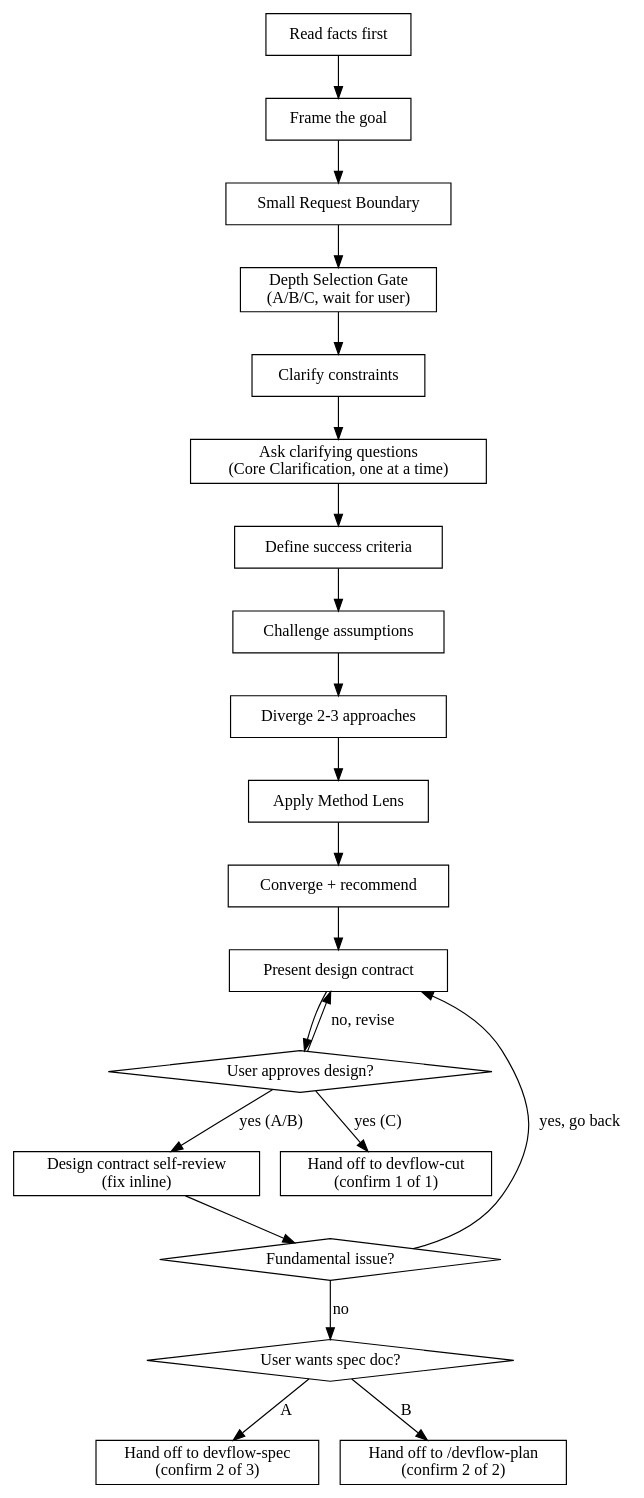
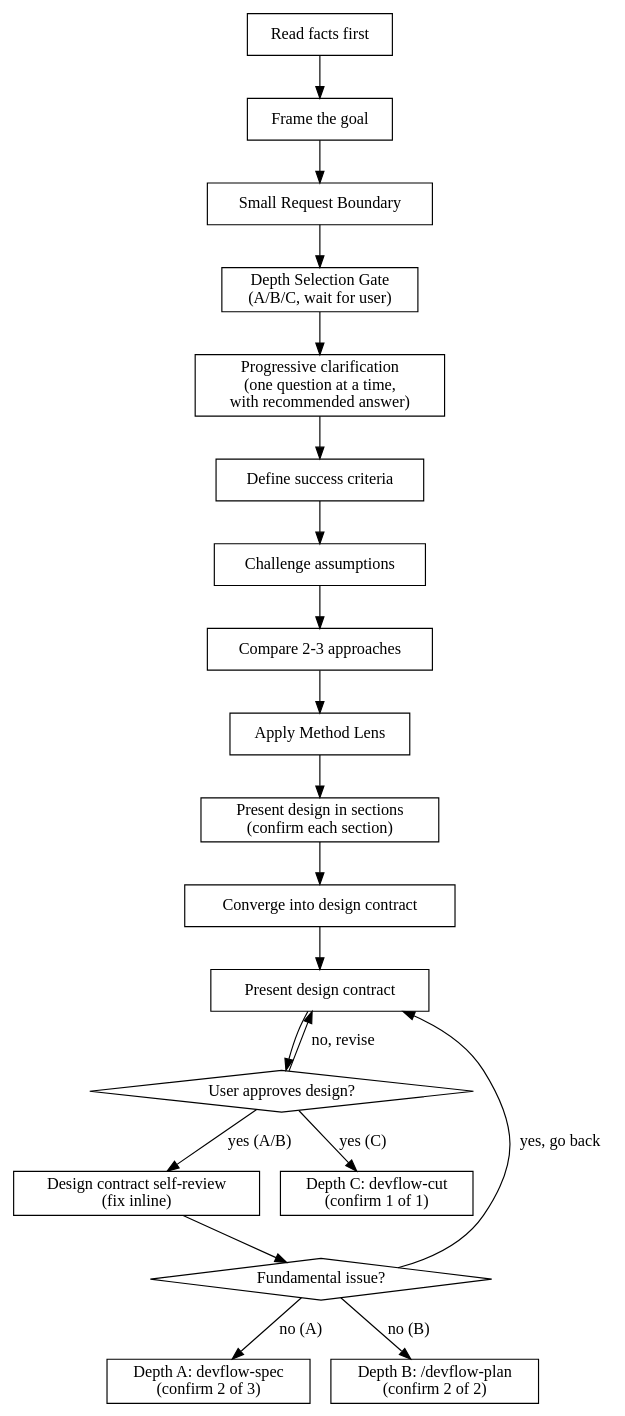
The diagram in skills/devflow-brainstorm/SKILL.md (huangwen-changdu/DevFlow-Core), drawn with Graphviz before and after one commit. The commit also changed other lines of this file and 37 other files, not shown here.

````diff
--- a/skills/devflow-brainstorm/SKILL.md
+++ b/skills/devflow-brainstorm/SKILL.md
@@ -49,44 +49,42 @@
 ```dot
 digraph brainstorming {
     "Read facts first" [shape=box];
     "Frame the goal" [shape=box];
     "Small Request Boundary" [shape=box];
     "Depth Selection Gate\n(A/B/C, wait for user)" [shape=box];
-    "Clarify constraints" [shape=box];
-    "Ask clarifying questions\n(Core Clarification, one at a time)" [shape=box];
+    "Progressive clarification\n(one question at a time,\nwith recommended answer)" [shape=box];
     "Define success criteria" [shape=box];
     "Challenge assumptions" [shape=box];
-    "Diverge 2-3 approaches" [shape=box];
+    "Compare 2-3 approaches" [shape=box];
     "Apply Method Lens" [shape=box];
-    "Converge + recommend" [shape=box];
+    "Present design in sections\n(confirm each section)" [shape=box];
+    "Converge into design contract" [shape=box];
     "Present design contract" [shape=box];
     "User approves design?" [shape=diamond];
     "Design contract self-review\n(fix inline)" [shape=box];
     "Fundamental issue?" [shape=diamond];
-    "User wants spec doc?" [shape=diamond];
-    "Hand off to devflow-spec\n(confirm 2 of 3)" [shape=box];
-    "Hand off to /devflow-plan\n(confirm 2 of 2)" [shape=box];
-    "Hand off to devflow-cut\n(confirm 1 of 1)" [shape=box];
+    "Depth A: devflow-spec\n(confirm 2 of 3)" [shape=box];
+    "Depth B: /devflow-plan\n(confirm 2 of 2)" [shape=box];
+    "Depth C: devflow-cut\n(confirm 1 of 1)" [shape=box];
 
     "Read facts first" -> "Frame the goal";
     "Frame the goal" -> "Small Request Boundary";
     "Small Request Boundary" -> "Depth Selection Gate\n(A/B/C, wait for user)";
-    "Depth Selection Gate\n(A/B/C, wait for user)" -> "Clarify constraints";
-    "Clarify constraints" -> "Ask clarifying questions\n(Core Clarification, one at a time)";
-    "Ask clarifying questions\n(Core Clarification, one at a time)" -> "Define success criteria";
+    "Depth Selection Gate\n(A/B/C, wait for user)" -> "Progressive clarification\n(one question at a time,\nwith recommended answer)";
+    "Progressive clarification\n(one question at a time,\nwith recommended answer)" -> "Define success criteria";
     "Define success criteria" -> "Challenge assumptions";
-    "Challenge assumptions" -> "Diverge 2-3 approaches";
-    "Diverge 2-3 approaches" -> "Apply Method Lens";
-    "Apply Method Lens" -> "Converge + recommend";
-    "Converge + recommend" -> "Present design contract";
+    "Challenge assumptions" -> "Compare 2-3 approaches";
+    "Compare 2-3 approaches" -> "Apply Method Lens";
+    "Apply Method Lens" -> "Present design in sections\n(confirm each section)";
+    "Present design in sections\n(confirm each section)" -> "Converge into design contract";
+    "Converge into design contract" -> "Present design contract";
     "Present design contract" -> "User approves design?";
     "User approves design?" -> "Present design contract" [label="no, revise"];
     "User approves design?" -> "Design contract self-review\n(fix inline)" [label="yes (A/B)"];
-    "User approves design?" -> "Hand off to devflow-cut\n(confirm 1 of 1)" [label="yes (C)"];
+    "User approves design?" -> "Depth C: devflow-cut\n(confirm 1 of 1)" [label="yes (C)"];
     "Design contract self-review\n(fix inline)" -> "Fundamental issue?";
     "Fundamental issue?" -> "Present design contract" [label="yes, go back"];
-    "Fundamental issue?" -> "User wants spec doc?" [label="no"];
-    "User wants spec doc?" -> "Hand off to devflow-spec\n(confirm 2 of 3)" [label="A"];
-    "User wants spec doc?" -> "Hand off to /devflow-plan\n(confirm 2 of 2)" [label="B"];
+    "Fundamental issue?" -> "Depth A: devflow-spec\n(confirm 2 of 3)" [label="no (A)"];
+    "Fundamental issue?" -> "Depth B: /devflow-plan\n(confirm 2 of 2)" [label="no (B)"];
 }
 ```
````
